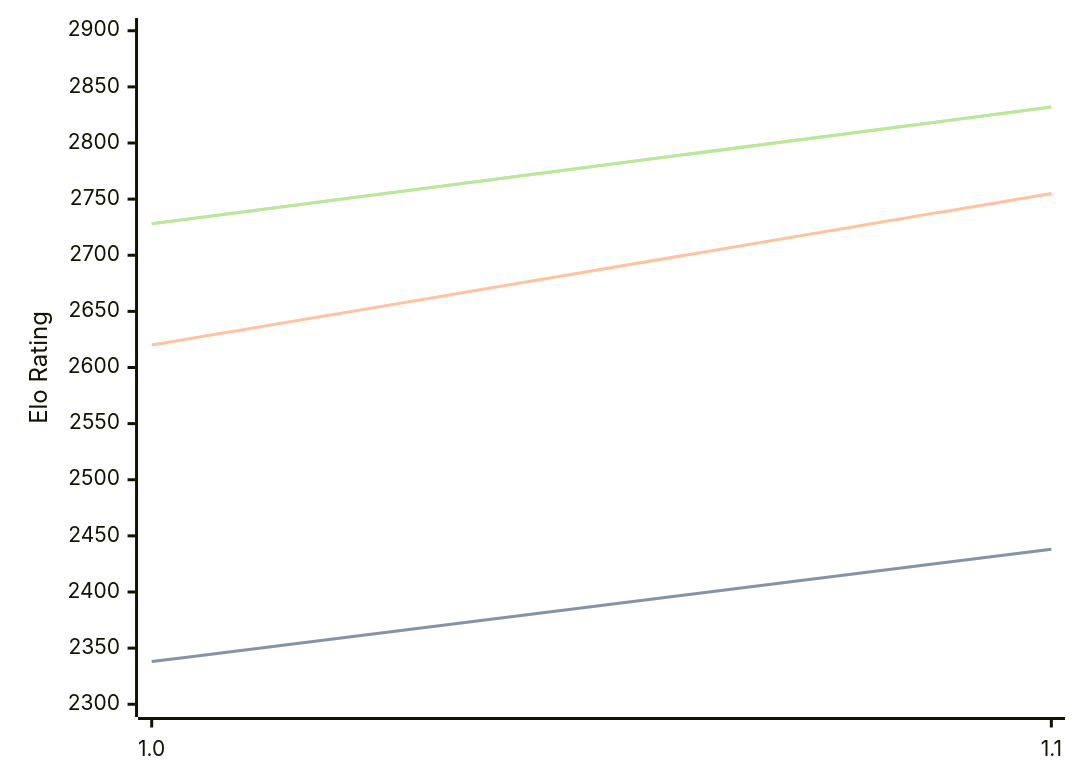
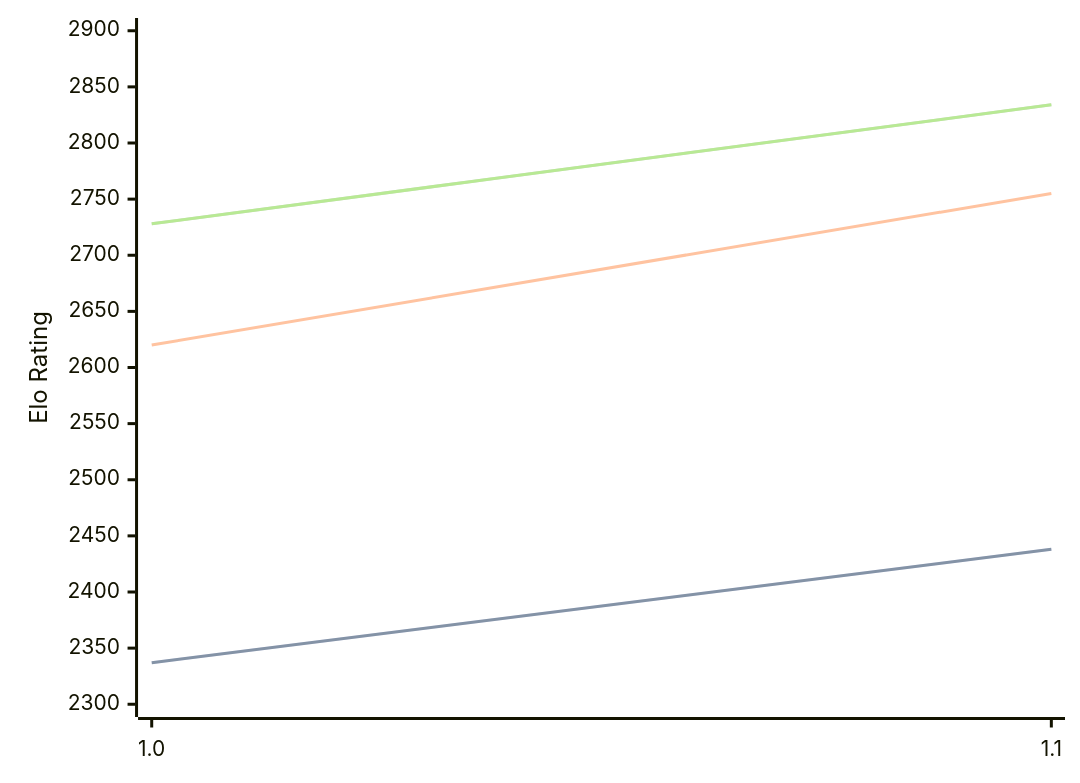
One commit to computer-chess-index/cci changed the diagram in engines/Casanchess.md. Above: the diagram before and after it, drawn with Mermaid. The commit also changed other lines of this file, not shown here.

Commit message:
Update CCI Ratings (ELO VLTC) - 2026-08-19

````diff
--- a/engines/Casanchess.md
+++ b/engines/Casanchess.md
@@ -32,11 +32,11 @@
 ```mermaid
 %%{init: {"theme":"base","themeVariables":{"seriesColors:['#a3a3a3','#222221','#faa371']}}}%%
 xychart-beta
   x-axis ["1.0", "1.1"]
   y-axis "Elo Rating" 2300 --> 2900
-  line "STC (8.0+0.08s)" [2338, 2438]
-  line "STC (8.0+0.08s)" [2338, 2438]
+  line "STC (8.0+0.08s)" [2337, 2438]
+  line "STC (8.0+0.08s)" [2337, 2438]
   line "LTC (60.0+0.60s)" [2620, 2755]
-  line "VLTC (2m24s+1.12s)" [2728, 2832]
-  line "VLTC (2m24s+1.12s)" [2728, 2832]
+  line "VLTC (2m24s+1.12s)" [2728, 2834]
+  line "VLTC (2m24s+1.12s)" [2728, 2834]
 ```
````
